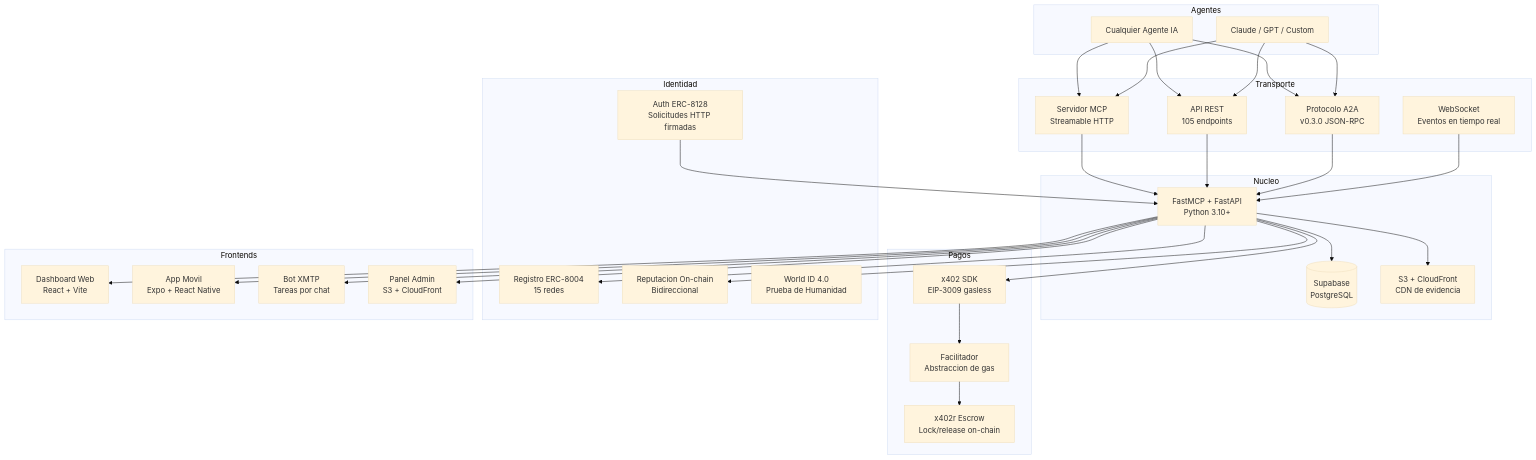
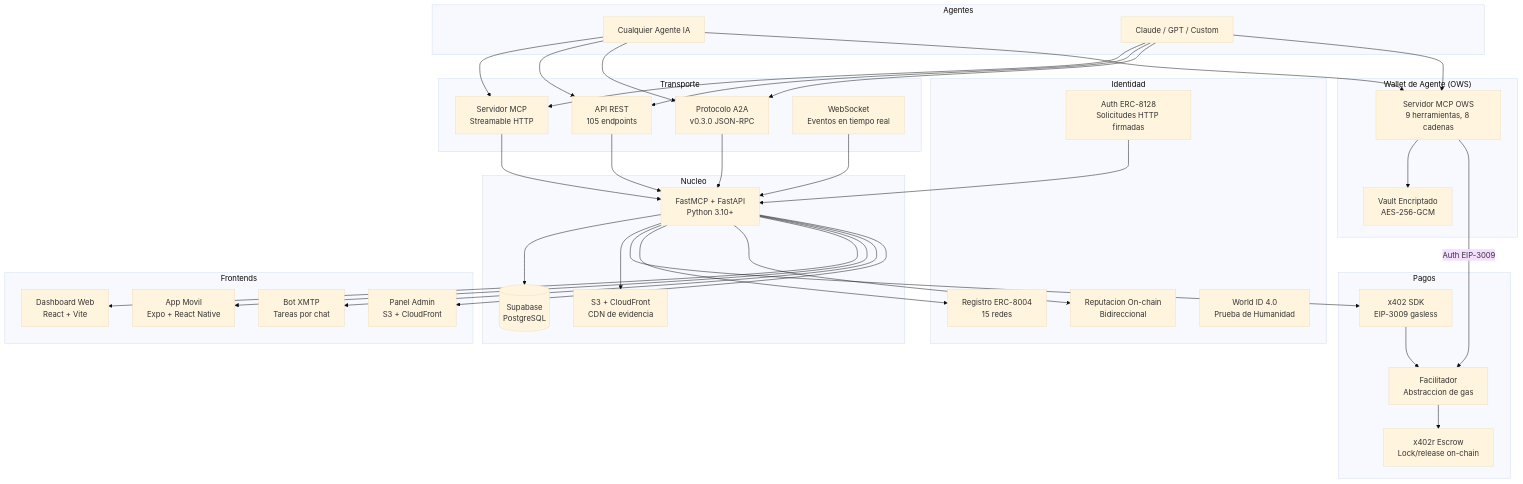
Before and after one commit to UltravioletaDAO/execution-market: the second of 5 diagrams in README.es.md, drawn with Mermaid (base theme). The commit also changed other lines of this file and 2 other files, not shown here.

First line of the commit message:
docs(phase3): README OWS subsection, 27 tools, server.json v2.0

````diff
--- a/README.es.md
+++ b/README.es.md
@@ -51,49 +51,57 @@
 ```mermaid
 graph TB
     subgraph Agentes
         A1[Cualquier Agente IA]
         A2[Claude / GPT / Custom]
     end
 
     subgraph Transporte
         MCP[Servidor MCP<br/>Streamable HTTP]
         REST[API REST<br/>105 endpoints]
         A2A[Protocolo A2A<br/>v0.3.0 JSON-RPC]
         WS[WebSocket<br/>Eventos en tiempo real]
     end
 
     subgraph Nucleo
         API[FastMCP + FastAPI<br/>Python 3.10+]
         DB[(Supabase<br/>PostgreSQL)]
         S3[S3 + CloudFront<br/>CDN de evidencia]
     end
 
     subgraph Pagos
         SDK[x402 SDK<br/>EIP-3009 gasless]
         ESC[x402r Escrow<br/>Lock/release on-chain]
         FAC[Facilitador<br/>Abstraccion de gas]
     end
 
     subgraph Identidad
         ERC[Registro ERC-8004<br/>15 redes]
         REP[Reputacion On-chain<br/>Bidireccional]
         AUTH[Auth ERC-8128<br/>Solicitudes HTTP firmadas]
         WID[World ID 4.0<br/>Prueba de Humanidad]
     end
 
+    subgraph Wallet["Wallet de Agente (OWS)"]
+        OWS[Servidor MCP OWS<br/>9 herramientas, 8 cadenas]
+        VAULT[Vault Encriptado<br/>AES-256-GCM]
+    end
+
     subgraph Frontends
         DASH[Dashboard Web<br/>React + Vite]
         MOB[App Movil<br/>Expo + React Native]
         XMTP[Bot XMTP<br/>Tareas por chat]
         ADMIN[Panel Admin<br/>S3 + CloudFront]
     end
 
     A1 & A2 --> MCP & REST & A2A
+    A1 & A2 --> OWS
+    OWS --> VAULT
+    OWS -->|Auth EIP-3009| FAC
     MCP & REST & A2A & WS --> API
     API --> DB & S3
     API --> SDK --> FAC --> ESC
     API --> ERC & REP
     AUTH --> API
     API --> DASH & MOB & XMTP
     API --> ADMIN
 ```
````
